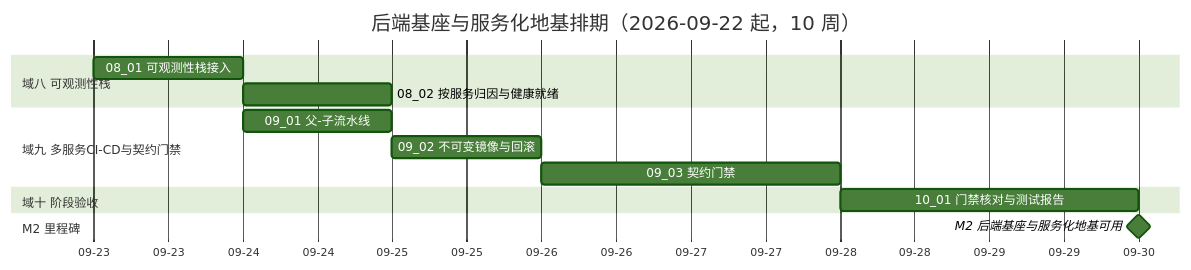
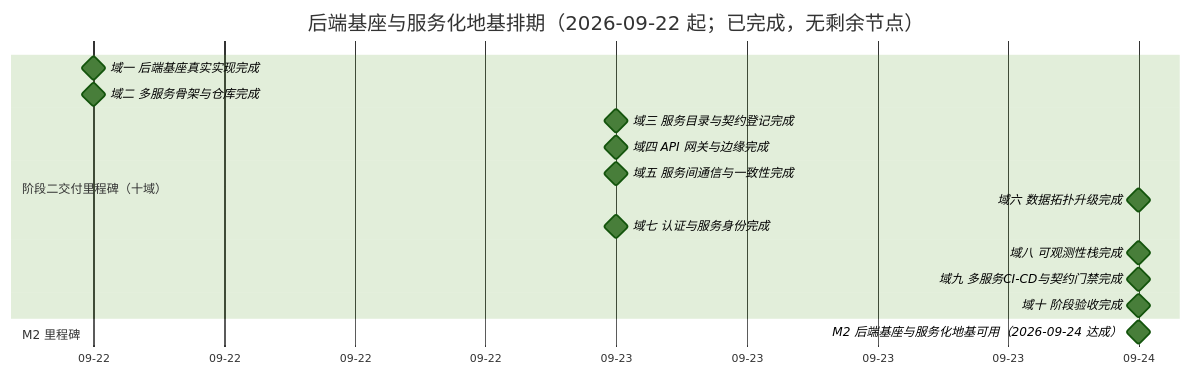
The diagram in bms文档/项目/02_后端基座与服务化地基/计划/01_计划_后端基座与服务化地基.md (minjian123/basic-management-system), drawn with Mermaid (forest theme) before and after one commit. The commit also changed other lines of this file and 5 other files, not shown here.

````diff
--- a/bms文档/项目/02_后端基座与服务化地基/计划/01_计划_后端基座与服务化地基.md
+++ b/bms文档/项目/02_后端基座与服务化地基/计划/01_计划_后端基座与服务化地基.md
@@ -59,17 +61,19 @@
 ```mermaid
 gantt
-    title 后端基座与服务化地基排期（2026-09-22 起，10 周）
+    title 后端基座与服务化地基排期（2026-09-22 起；已完成，无剩余节点）
     dateFormat  YYYY-MM-DD
     axisFormat %m-%d
-    section 域八 可观测性栈
-    08_01 可观测性栈接入 :a0801, 2026-09-23, 1d
-    08_02 按服务归因与健康就绪 :a0802, 2026-09-24, 1d
-    section 域九 多服务CI-CD与契约门禁
-    09_01 父-子流水线 :a0901, 2026-09-24, 1d
-    09_02 不可变镜像与回滚 :a0902, after a0901, 1d
-    09_03 契约门禁 :a0903, after a0902, 2d
-    section 域十 阶段验收
-    10_01 门禁核对与测试报告 :a1001, after a0903, 2d
+    section 阶段二交付里程碑（十域）
+    域一 后端基座真实实现完成 :milestone, m01, 2026-09-22, 0d
+    域二 多服务骨架与仓库完成 :milestone, m02, 2026-09-22, 0d
+    域三 服务目录与契约登记完成 :milestone, m03, 2026-09-23, 0d
+    域四 API 网关与边缘完成 :milestone, m04, 2026-09-23, 0d
+    域五 服务间通信与一致性完成 :milestone, m05, 2026-09-23, 0d
+    域六 数据拓扑升级完成 :milestone, m06, 2026-09-24, 0d
+    域七 认证与服务身份完成 :milestone, m07, 2026-09-23, 0d
+    域八 可观测性栈完成 :milestone, m08, 2026-09-24, 0d
+    域九 多服务CI-CD与契约门禁完成 :milestone, m09, 2026-09-24, 0d
+    域十 阶段验收完成 :milestone, m10, 2026-09-24, 0d
     section M2 里程碑
-    M2 后端基座与服务化地基可用 :milestone, mm2, after a1001, 0d
+    M2 后端基座与服务化地基可用（2026-09-24 达成） :milestone, mm2, 2026-09-24, 0d
 ```
````
